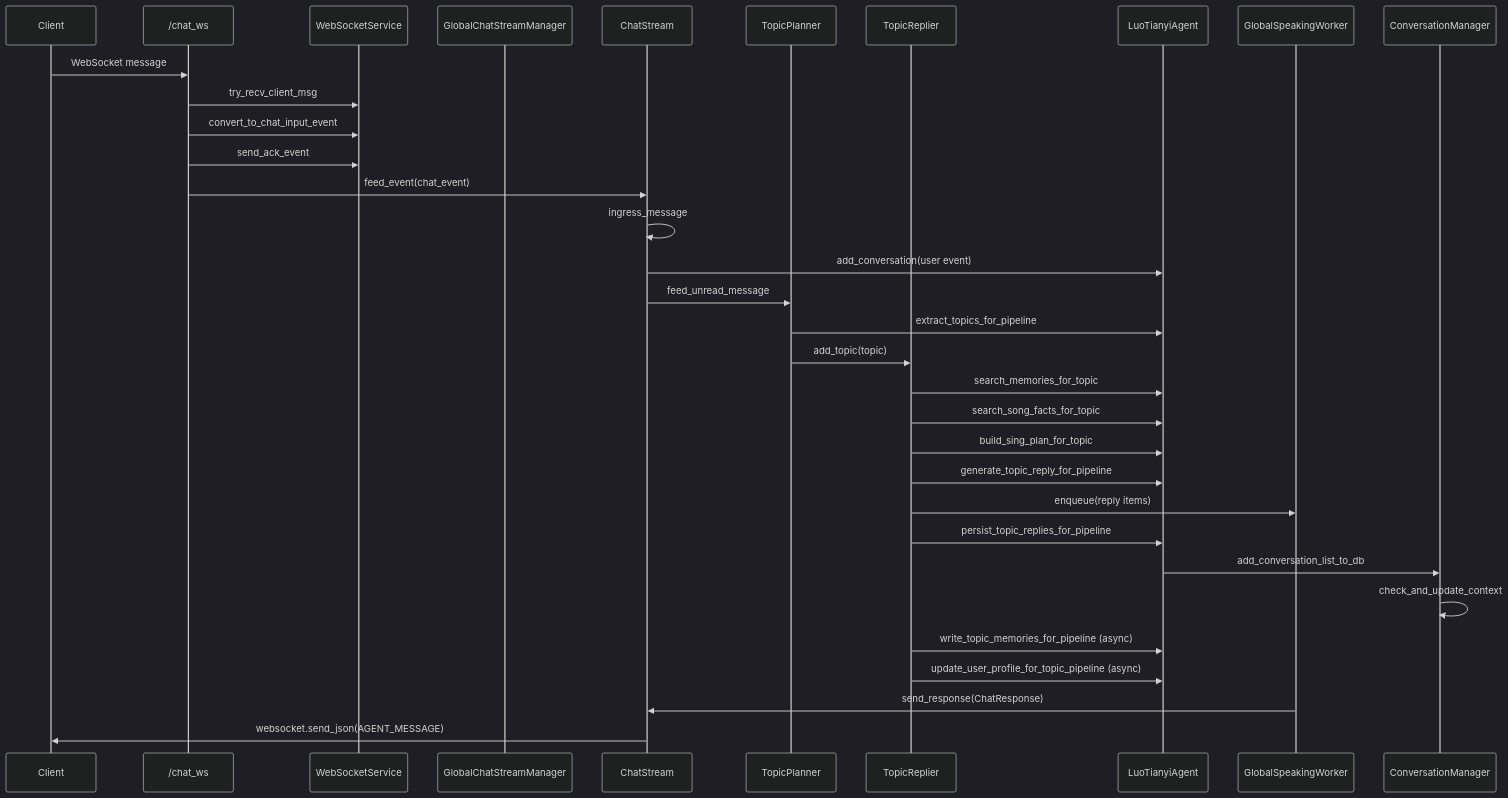
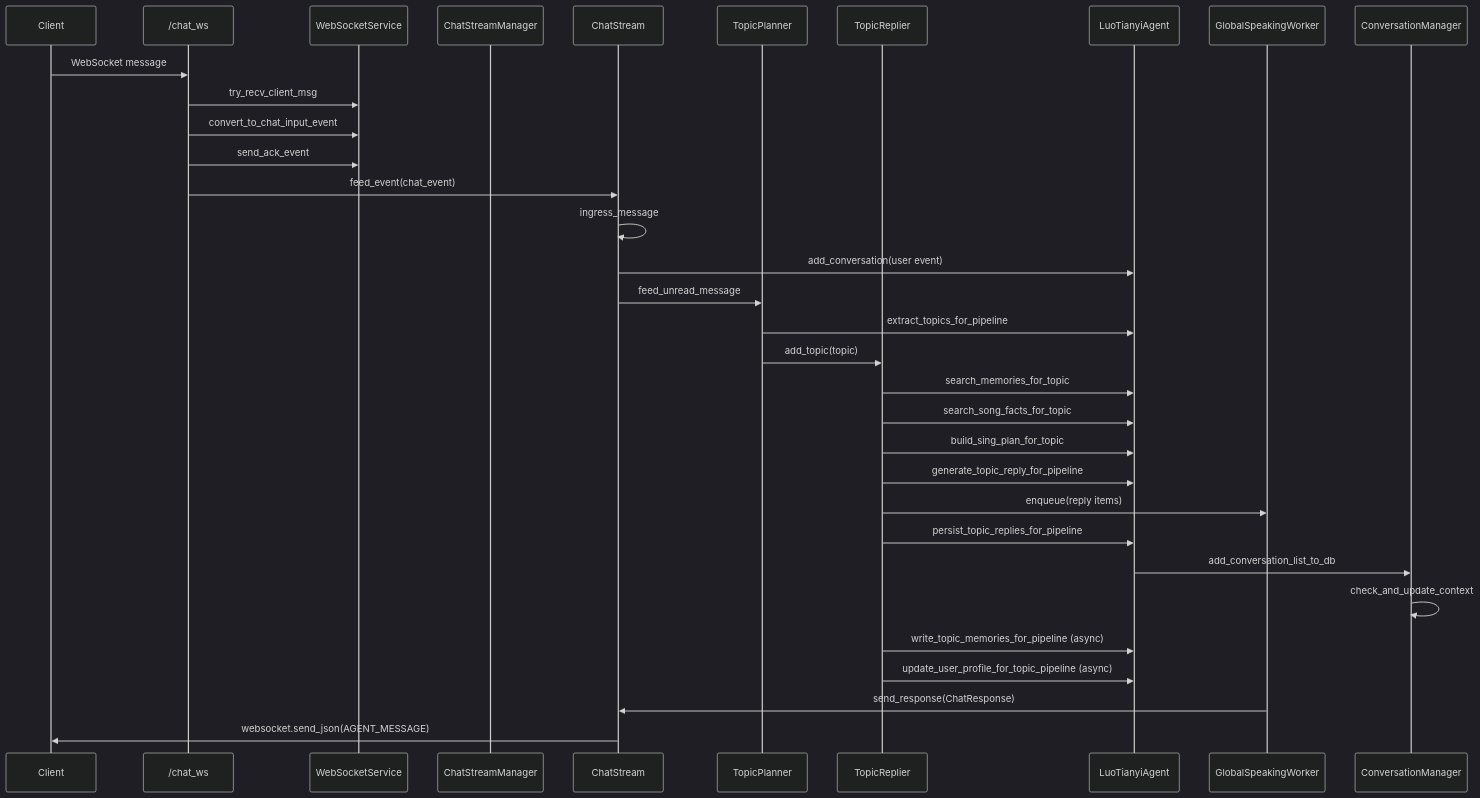
Before and after one commit to SheepLiu712/Agent-LuoTianyi: the diagram in server/docs/dev/chat_ws消息全链路说明.md, drawn with Mermaid (dark theme). The commit also changed other lines of this file and 487 other files, not shown here.

````diff
--- a/server/docs/dev/chat_ws消息全链路说明.md
+++ b/server/docs/dev/chat_ws消息全链路说明.md
@@ -248,42 +248,42 @@
 ```mermaid
 sequenceDiagram
     participant Client
     participant WS as /chat_ws
     participant WSS as WebSocketService
-    participant GCSM as GlobalChatStreamManager
+    participant GCSM as ChatStreamManager
     participant CS as ChatStream
     participant TP as TopicPlanner
     participant TR as TopicReplier
     participant AG as LuoTianyiAgent
     participant GSW as GlobalSpeakingWorker
     participant CM as ConversationManager
 
     Client->>WS: WebSocket message
     WS->>WSS: try_recv_client_msg
     WS->>WSS: convert_to_chat_input_event
     WS->>WSS: send_ack_event
     WS->>CS: feed_event(chat_event)
 
     CS->>CS: ingress_message
     CS->>AG: add_conversation(user event)
     CS->>TP: feed_unread_message
 
     TP->>AG: extract_topics_for_pipeline
     TP->>TR: add_topic(topic)
 
     TR->>AG: search_memories_for_topic
     TR->>AG: search_song_facts_for_topic
     TR->>AG: build_sing_plan_for_topic
     TR->>AG: generate_topic_reply_for_pipeline
 
     TR->>GSW: enqueue(reply items)
     TR->>AG: persist_topic_replies_for_pipeline
     AG->>CM: add_conversation_list_to_db
     CM->>CM: check_and_update_context
 
     TR->>AG: write_topic_memories_for_pipeline (async)
     TR->>AG: update_user_profile_for_topic_pipeline (async)
 
     GSW->>CS: send_response(ChatResponse)
     CS->>Client: websocket.send_json(AGENT_MESSAGE)
 ```
````
